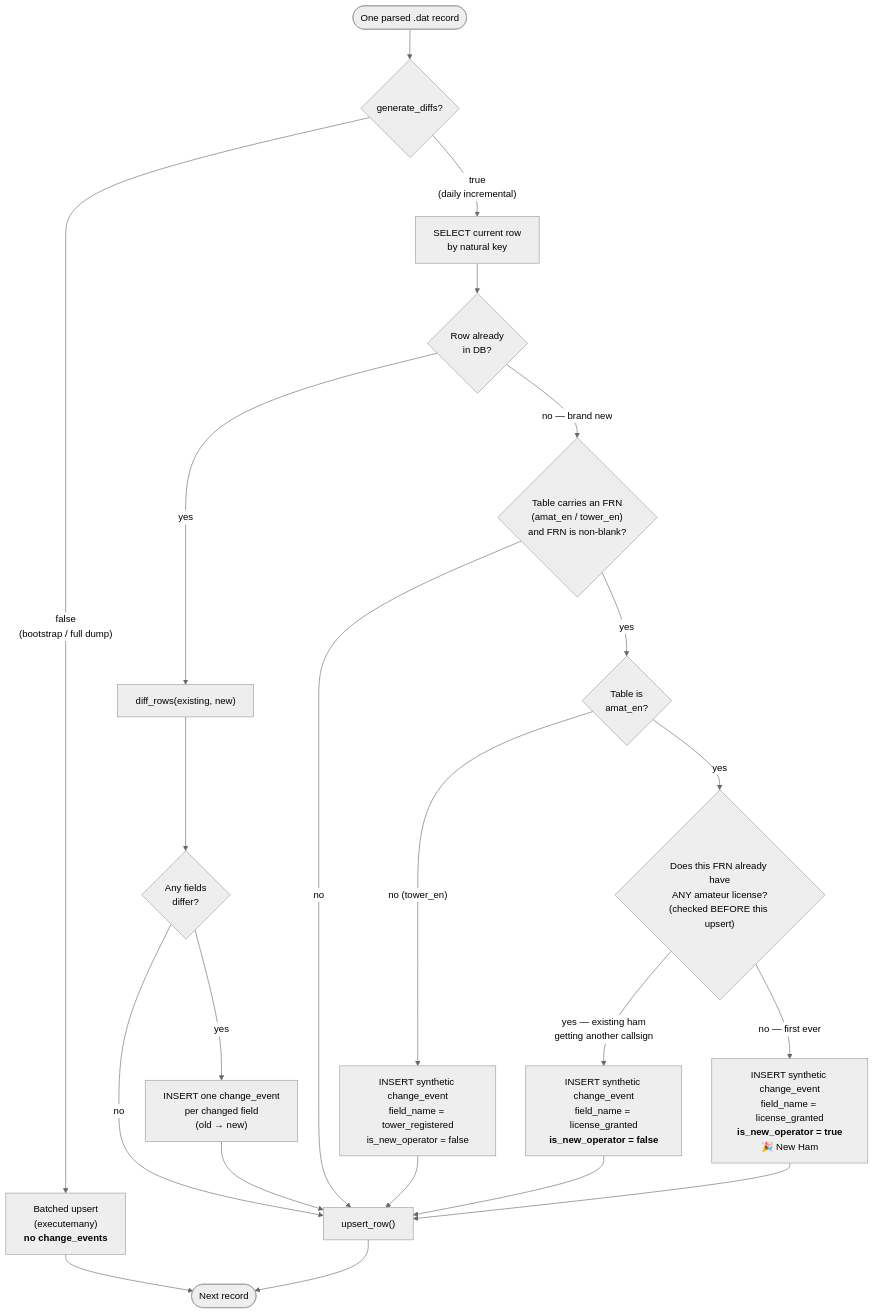
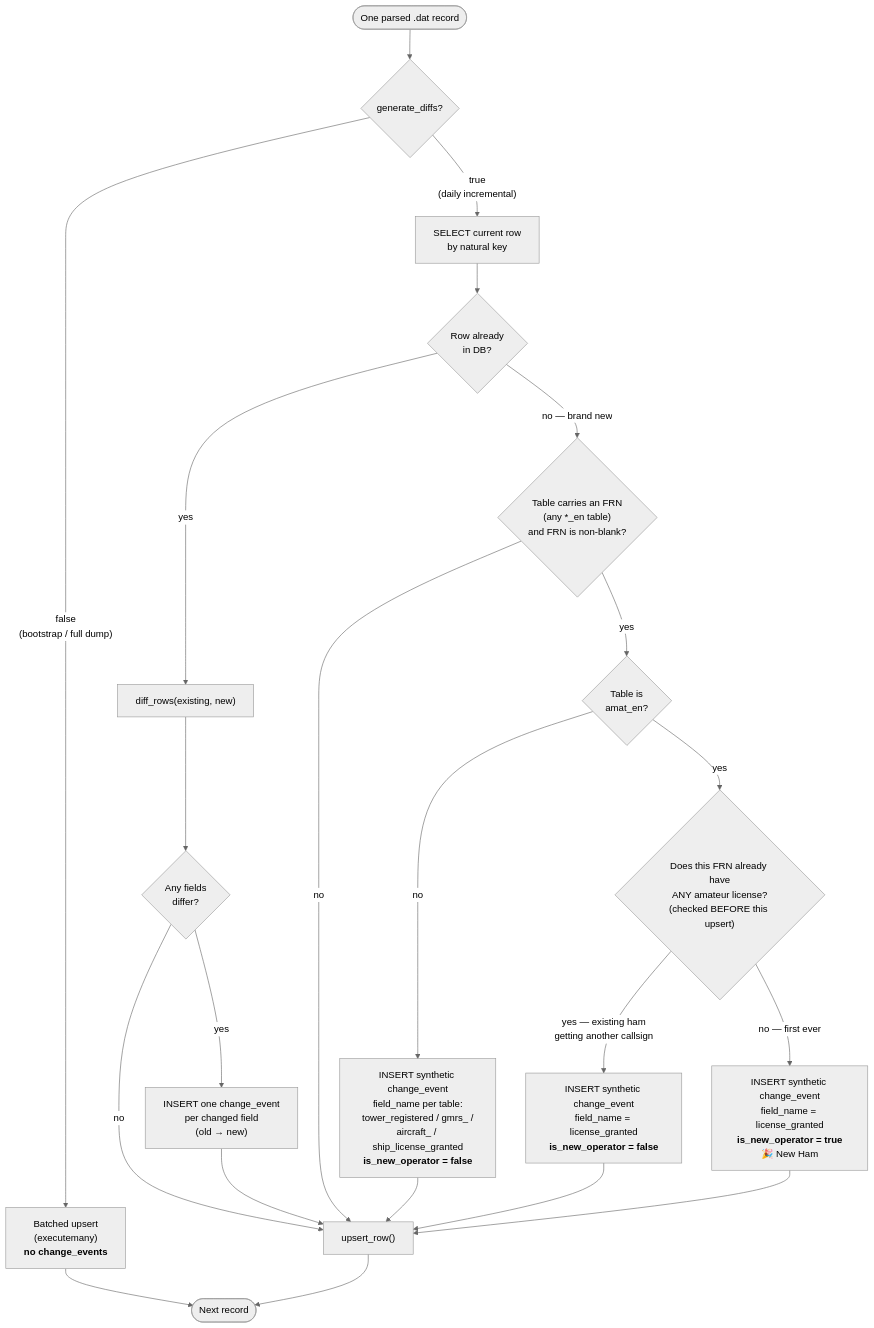
The fourth of 14 diagrams in docs/architecture.md (n00tz/fcculs-explorer), drawn with Mermaid (neutral theme) before and after one commit. The commit also changed other lines of this file and 41 other files, not shown here.

````diff
--- a/docs/architecture.md
+++ b/docs/architecture.md
@@ -214,31 +214,31 @@
 ```mermaid
 flowchart TD
     row(["One parsed .dat record"]) --> mode{"generate_diffs?"}
 
     mode -->|"false<br/>(bootstrap / full dump)"| batch["Batched upsert<br/>(executemany)<br/><b>no change_events</b>"]
     batch --> nextrow(["Next record"])
 
     mode -->|"true<br/>(daily incremental)"| lookup["SELECT current row<br/>by natural key"]
     lookup --> exists{"Row already<br/>in DB?"}
 
     exists -->|"yes"| diff["diff_rows(existing, new)"]
     diff --> haschanges{"Any fields<br/>differ?"}
     haschanges -->|"no"| upsert
     haschanges -->|"yes"| fieldevents["INSERT one change_event<br/>per changed field<br/>(old → new)"]
     fieldevents --> upsert
 
-    exists -->|"no — brand new"| hasfrn{"Table carries an FRN<br/>(amat_en / tower_en)<br/>and FRN is non-blank?"}
+    exists -->|"no — brand new"| hasfrn{"Table carries an FRN<br/>(any *_en table)<br/>and FRN is non-blank?"}
     hasfrn -->|"no"| upsert
     hasfrn -->|"yes"| amateur{"Table is<br/>amat_en?"}
 
-    amateur -->|"no (tower_en)"| synth["INSERT synthetic change_event<br/>field_name = tower_registered<br/>is_new_operator = false"]
+    amateur -->|"no"| synth["INSERT synthetic change_event<br/>field_name per table:<br/>tower_registered / gmrs_ /<br/>aircraft_ / ship_license_granted<br/><b>is_new_operator = false</b>"]
     amateur -->|"yes"| prior{"Does this FRN already have<br/>ANY amateur license?<br/>(checked BEFORE this upsert)"}
 
     prior -->|"yes — existing ham<br/>getting another callsign"| synth2["INSERT synthetic change_event<br/>field_name = license_granted<br/><b>is_new_operator = false</b>"]
     prior -->|"no — first ever"| synth3["INSERT synthetic change_event<br/>field_name = license_granted<br/><b>is_new_operator = true</b><br/>🎉 New Ham"]
 
     synth --> upsert
     synth2 --> upsert
     synth3 --> upsert
     upsert["upsert_row()"] --> nextrow
 ```
````
